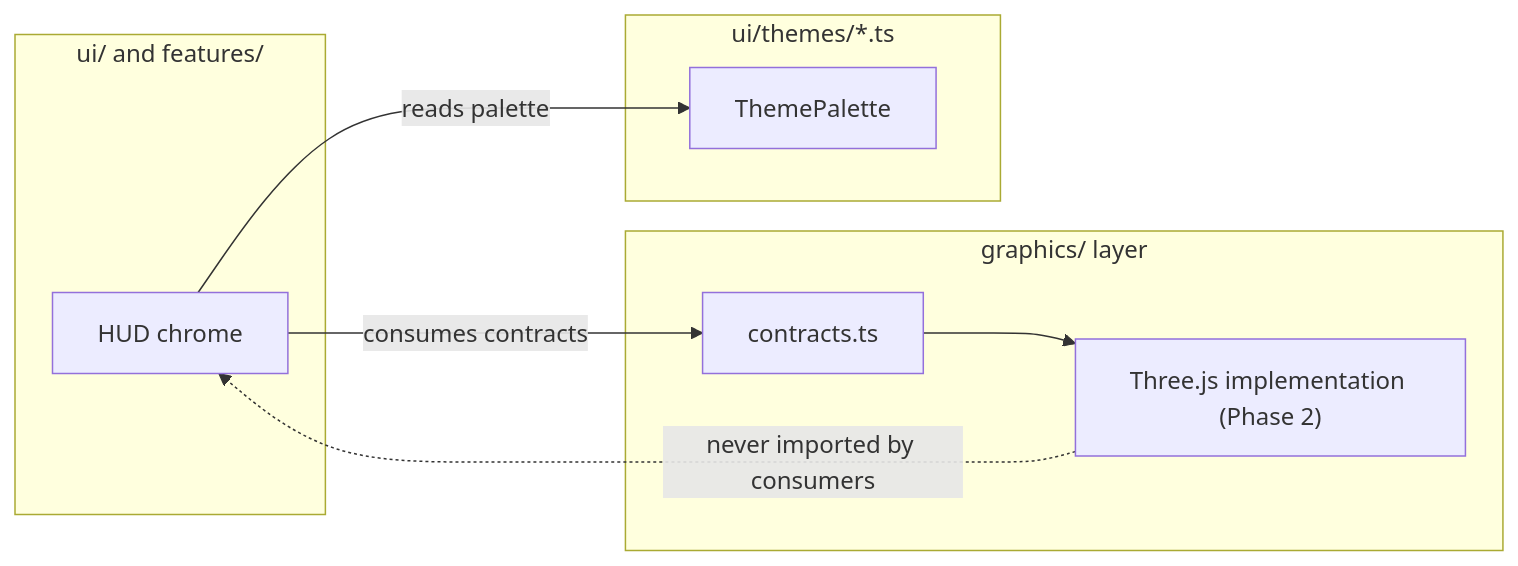
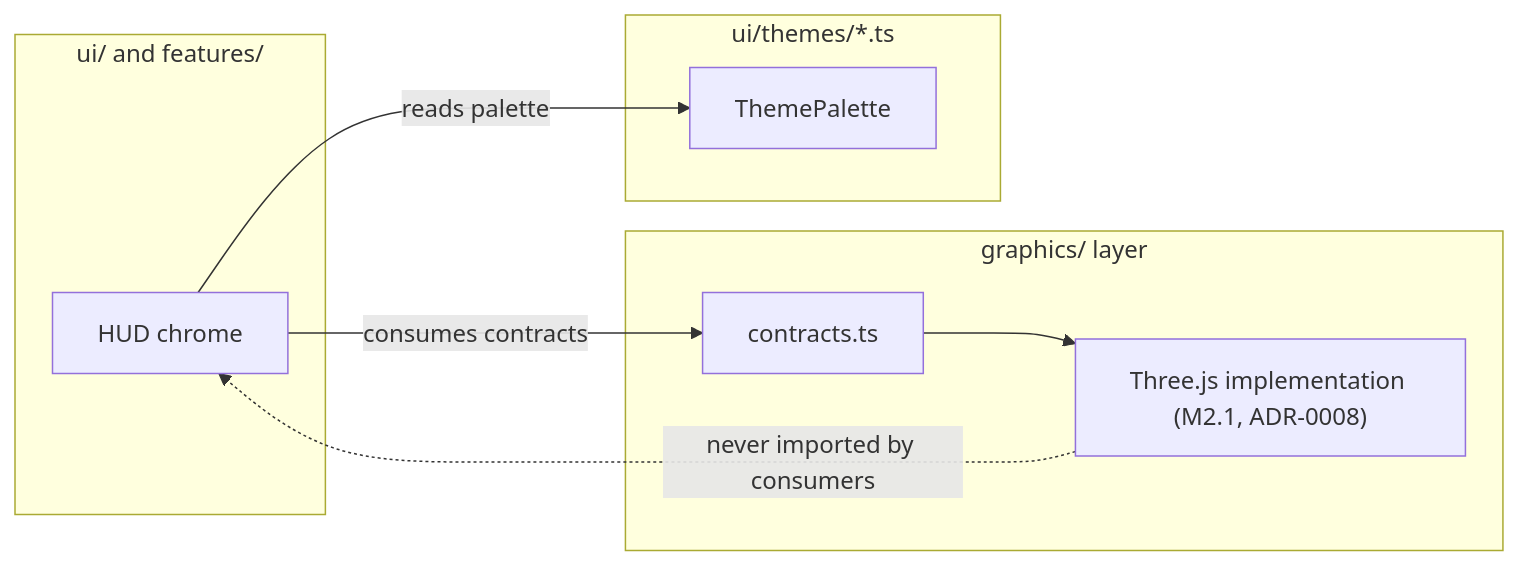
The second of 3 diagrams in docs/20-architecture/25_Graphics.md (moughamir/dex), drawn with Mermaid before and after one commit. The commit also changed other lines of this file and 21 other files, not shown here.

First line of the commit message:
feat(graphics): ship M2.1 Three.js core + shell backdrop

````diff
--- a/docs/20-architecture/25_Graphics.md
+++ b/docs/20-architecture/25_Graphics.md
@@ -92,18 +92,18 @@
 ```mermaid
 flowchart LR
     subgraph Consumers["ui/ and features/"]
         UI["HUD chrome"]
     end
     subgraph Graphics["graphics/ layer"]
         CONTRACTS["contracts.ts"]
-        IMPL["Three.js implementation (Phase 2)"]
+        IMPL["Three.js implementation (M2.1, ADR-0008)"]
     end
     subgraph Theme["ui/themes/*.ts"]
         PAL["ThemePalette"]
     end
 
     UI -->|"consumes contracts"| CONTRACTS
     UI -->|"reads palette"| PAL
     CONTRACTS --> IMPL
     IMPL -.->|"never imported by consumers"| UI
 ```
````
